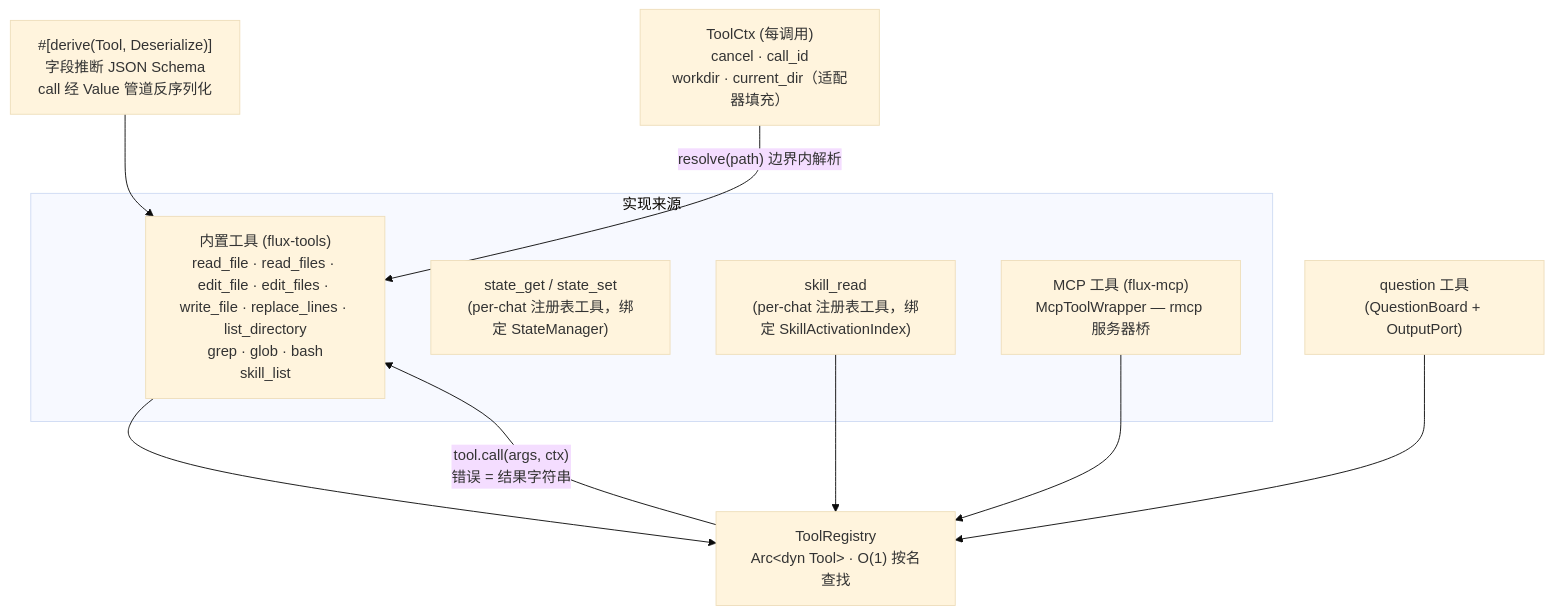
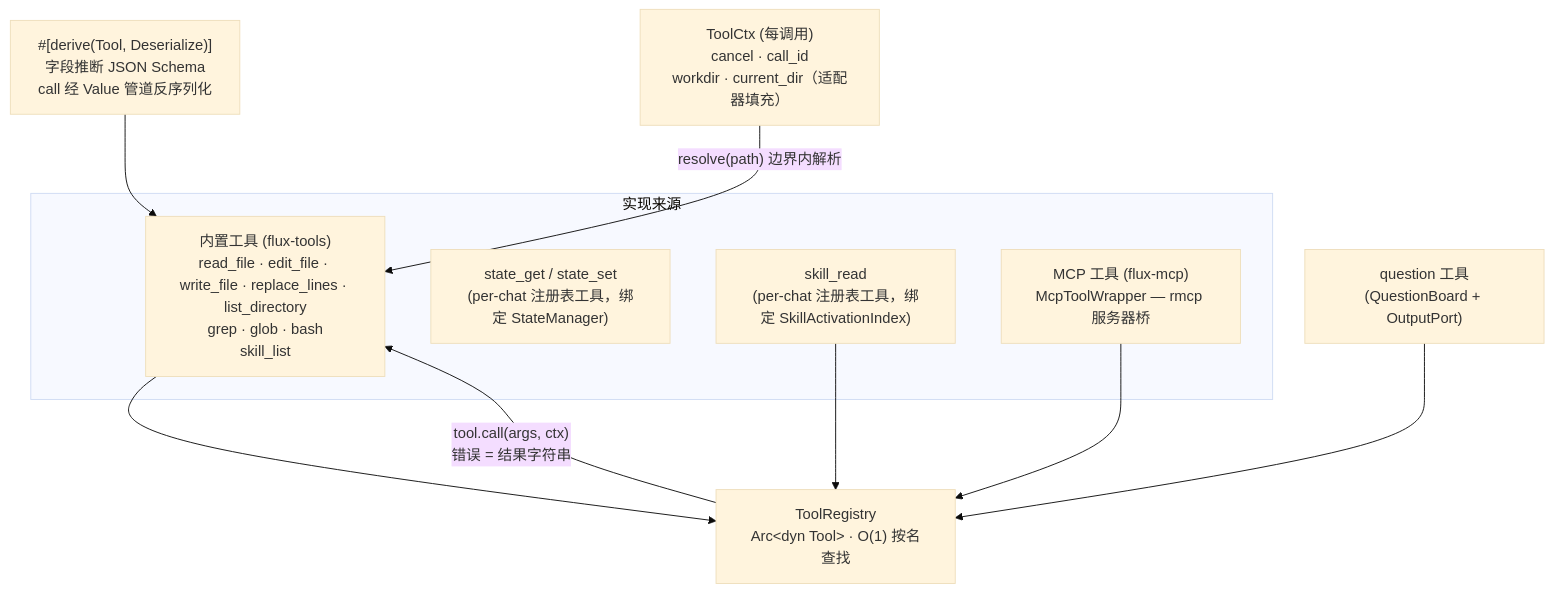
The fifth of 8 diagrams in docs/architecture.md (km0e/flux), drawn with Mermaid (base theme) before and after one commit. The commit also changed other lines of this file and 22 other files, not shown here.

First line of the commit message:
feat: v0.2.1..HEAD squashed — batched search on ripgrep's library split, single-file multi-op read/edit tools, web history fixes

````diff
--- a/docs/architecture.md
+++ b/docs/architecture.md
@@ -235,20 +273,20 @@
 ```mermaid
 graph TB
  MACRO["#[derive(Tool, Deserialize)]<br/>字段推断 JSON Schema<br/>call 经 Value 管道反序列化"]
  subgraph IMPL["实现来源"]
- BUILTIN["内置工具 (flux-tools)<br/>read_file · read_files · edit_file · edit_files · write_file · replace_lines · list_directory<br/>grep · glob · bash<br/>skill_list"]
+ BUILTIN["内置工具 (flux-tools)<br/>read_file · edit_file · write_file · replace_lines · list_directory<br/>grep · glob · bash<br/>skill_list"]
  STATE["state_get / state_set<br/>(per-chat 注册表工具，绑定 StateManager)"]
  SKILL["skill_read<br/>(per-chat 注册表工具，绑定 SkillActivationIndex)"]
  MCPT["MCP 工具 (flux-mcp)<br/>McpToolWrapper — rmcp 服务器桥"]
  end
  REG["ToolRegistry<br/>Arc&lt;dyn Tool&gt; · O(1) 按名查找"]
  CTX["ToolCtx (每调用)<br/>cancel · call_id<br/>workdir · current_dir（适配器填充）"]
  MACRO --> BUILTIN
  BUILTIN --> REG
  SKILL --> REG
  QUESTION["question 工具<br/>(QuestionBoard + OutputPort)"]
  QUESTION --> REG
  MCPT --> REG
  REG -->|"tool.call(args, ctx)<br/>错误 = 结果字符串"| BUILTIN
  CTX -->|"resolve(path) 边界内解析"| BUILTIN
 ```
````
